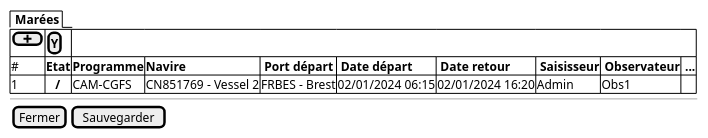
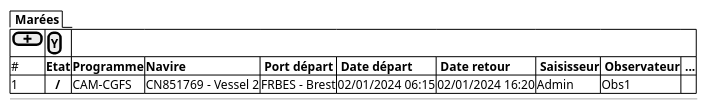
One commit to sumaris-net/sumaris-doc changed the diagram in projects/obsmer/spe/images/trips-table.puml. Above: the diagram before and after it, drawn with PlantUML. The commit also changed 8 other files, not shown here.

```diff
--- a/projects/obsmer/spe/images/trips-table.puml
+++ b/projects/obsmer/spe/images/trips-table.puml
@@ -1,18 +1,16 @@
 @startsalt
 {
 
   {/ <b> Marées   }
 
 
 	{#
       [ <&plus>] | [<b>Y]
       # | <b>Etat | <b>Programme     | <b>Navire   | <b> Port départ | <b> Date départ | <b> Date retour | <b> Saisisseur |<b> Observateur | <b> ...
       1 | <b>   / | CAM-CGFS         | CN851769 - Vessel 2 | FRBES - Brest | 02/01/2024 06:15 | 02/01/2024 16:20 | Admin | Obs1 |
     }
 
   --
-  {
-    [Fermer] | [Sauvegarder]
-  }
+
 }
 @endsalt
```
